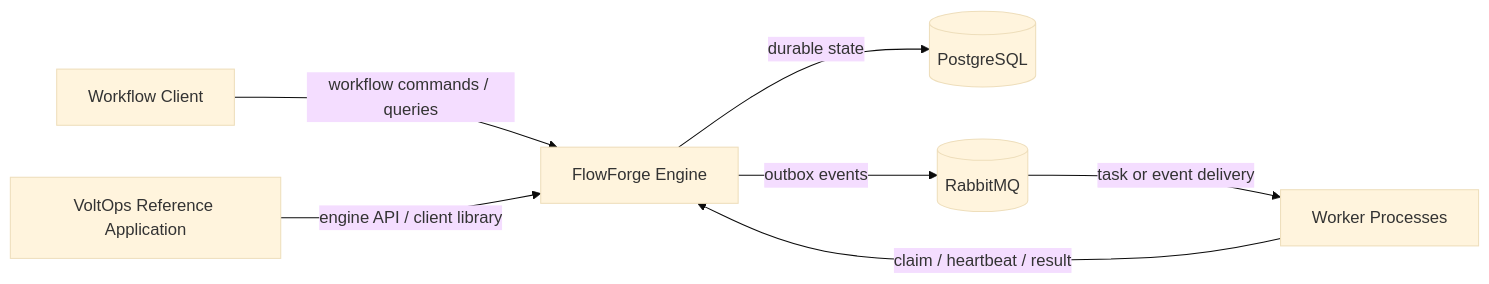
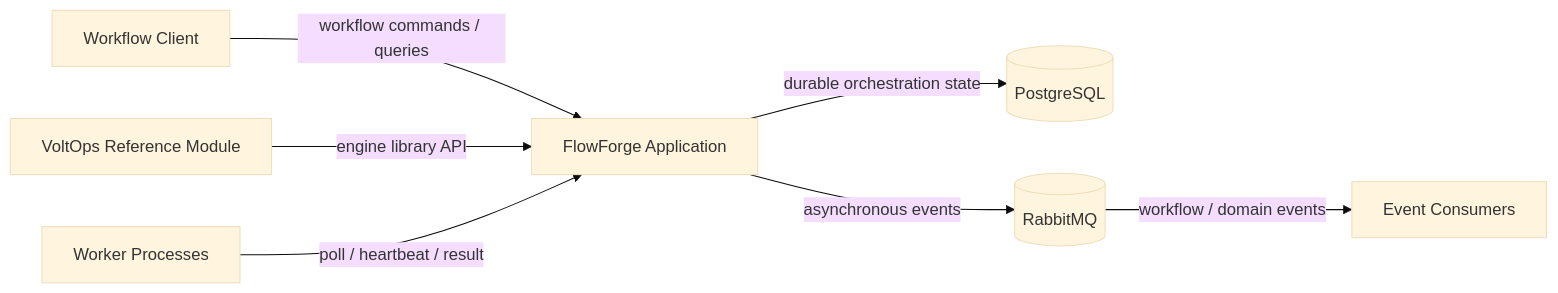
The first of 7 diagrams in docs/02-architecture-proposal.md (ashish-2141/flowforge-engine), drawn with Mermaid (base theme) before and after one commit. The commit also changed other lines of this file, not shown here.

Commit message:
docs: align architecture with reviewer feedback

````diff
--- a/docs/02-architecture-proposal.md
+++ b/docs/02-architecture-proposal.md
@@ -11,16 +19,17 @@
 ```mermaid
 flowchart LR
     Client[Workflow Client]
-    VoltOps[VoltOps Reference Application]
-    Engine[FlowForge Engine]
+    VoltOps[VoltOps Reference Module]
+    App[FlowForge Application]
     DB[(PostgreSQL)]
     Broker[(RabbitMQ)]
     Workers[Worker Processes]
+    Consumers[Event Consumers]
 
-    Client -->|workflow commands / queries| Engine
-    VoltOps -->|engine API / client library| Engine
-    Engine -->|durable state| DB
-    Engine -->|outbox events| Broker
-    Broker -->|task or event delivery| Workers
-    Workers -->|claim / heartbeat / result| Engine
+    Client -->|workflow commands / queries| App
+    VoltOps -->|engine library API| App
+    Workers -->|poll / heartbeat / result| App
+    App -->|durable orchestration state| DB
+    App -->|asynchronous events| Broker
+    Broker -->|workflow / domain events| Consumers
 ```
````
